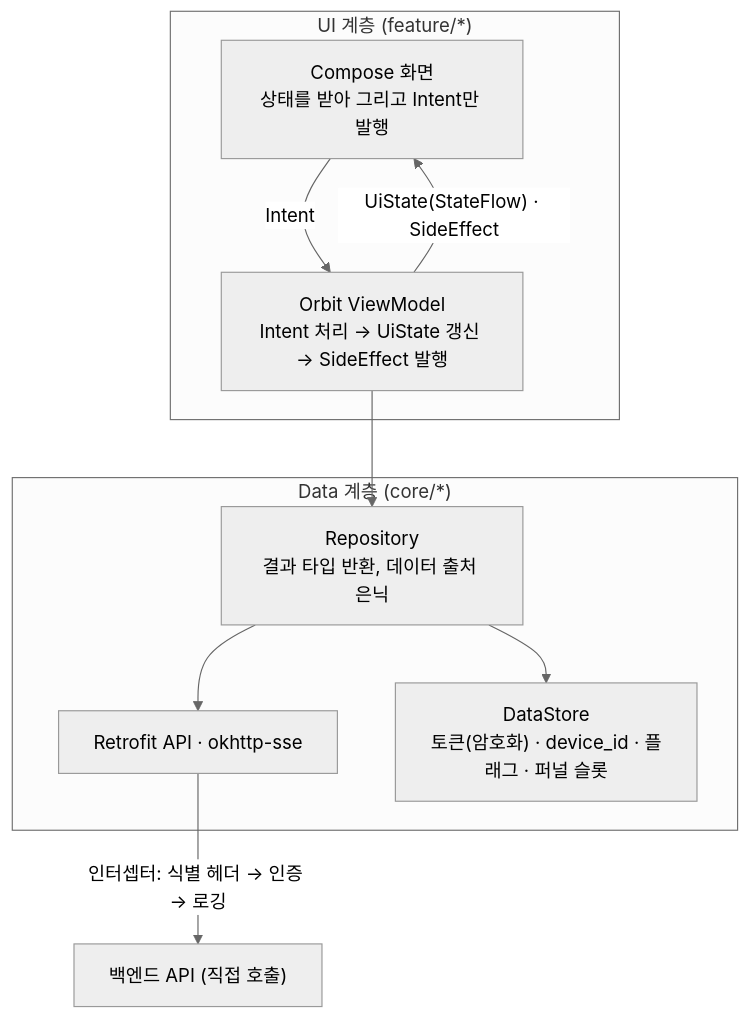
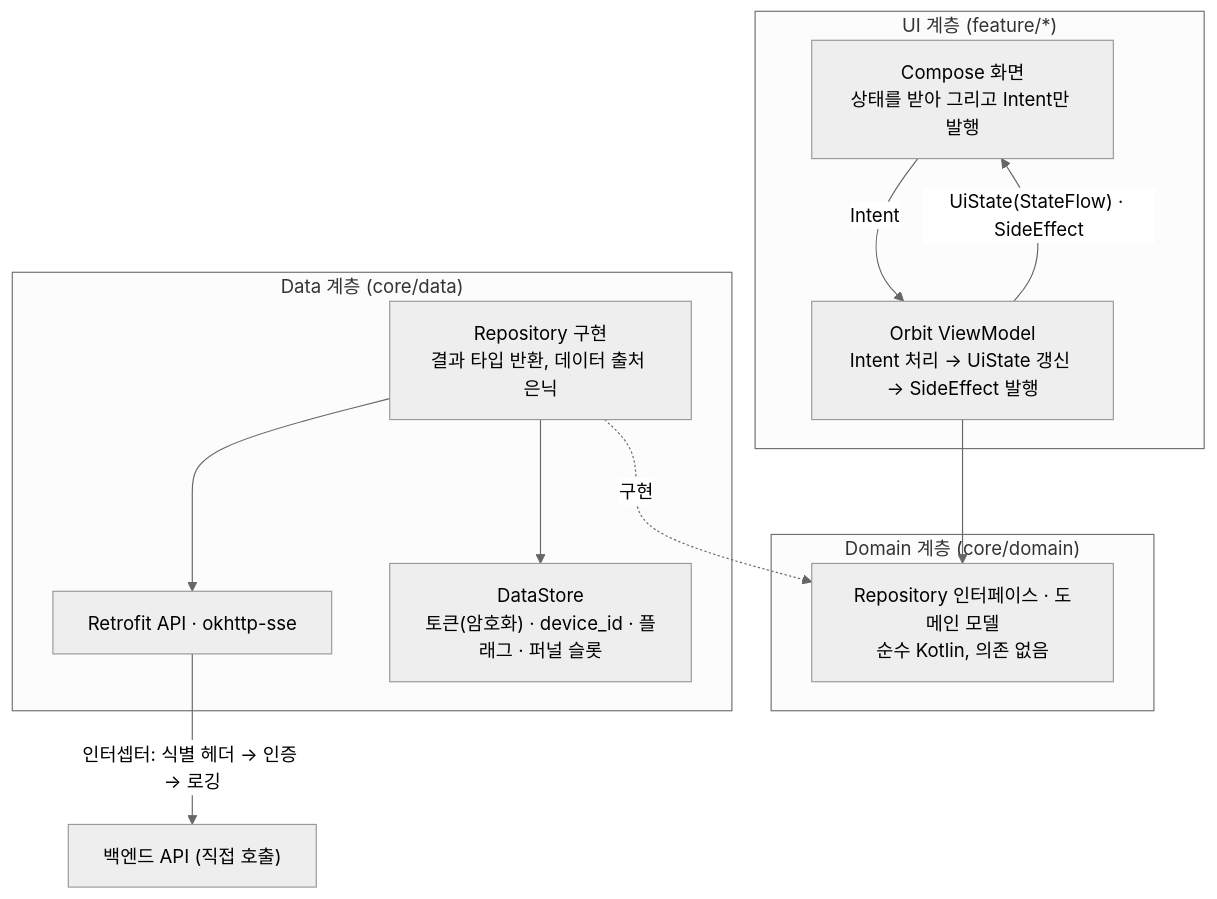
One commit to KIM-N-KANG/knk-harness changed the first of 2 diagrams in docs/product-specs/3-3-android-app.md. Above: the diagram before and after it, drawn with Mermaid (neutral theme). The commit also changed other lines of this file, not shown here.

````diff
--- a/docs/product-specs/3-3-android-app.md
+++ b/docs/product-specs/3-3-android-app.md
@@ -149,18 +149,22 @@
 ```mermaid
 graph TD
     subgraph UI["UI 계층 (feature/*)"]
         C["Compose 화면<br/>상태를 받아 그리고 Intent만 발행"]
         VM["Orbit ViewModel<br/>Intent 처리 → UiState 갱신 → SideEffect 발행"]
     end
-    subgraph DATA["Data 계층 (core/*)"]
-        R["Repository<br/>결과 타입 반환, 데이터 출처 은닉"]
+    subgraph DOMAIN["Domain 계층 (core/domain)"]
+        RI["Repository 인터페이스 · 도메인 모델<br/>순수 Kotlin, 의존 없음"]
+    end
+    subgraph DATA["Data 계층 (core/data)"]
+        R["Repository 구현<br/>결과 타입 반환, 데이터 출처 은닉"]
         API["Retrofit API · okhttp-sse"]
         DS["DataStore<br/>토큰(암호화) · device_id · 플래그 · 퍼널 슬롯"]
     end
     C -->|Intent| VM
     VM -->|"UiState(StateFlow) · SideEffect"| C
-    VM --> R
+    VM --> RI
+    R -.->|구현| RI
     R --> API
     R --> DS
     API -->|"인터셉터: 식별 헤더 → 인증 → 로깅"| BE["백엔드 API (직접 호출)"]
 ```
````
